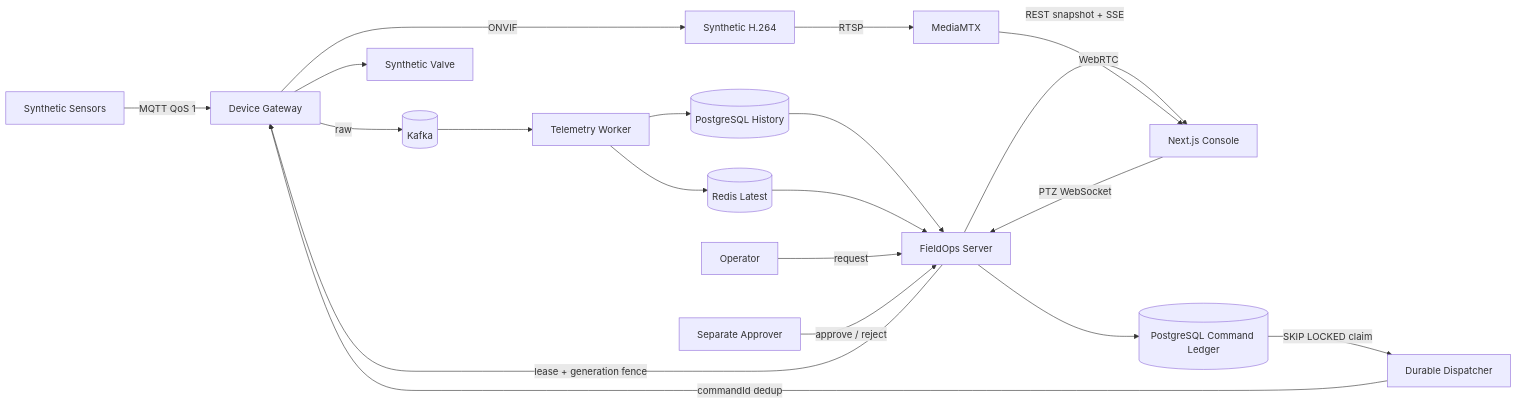
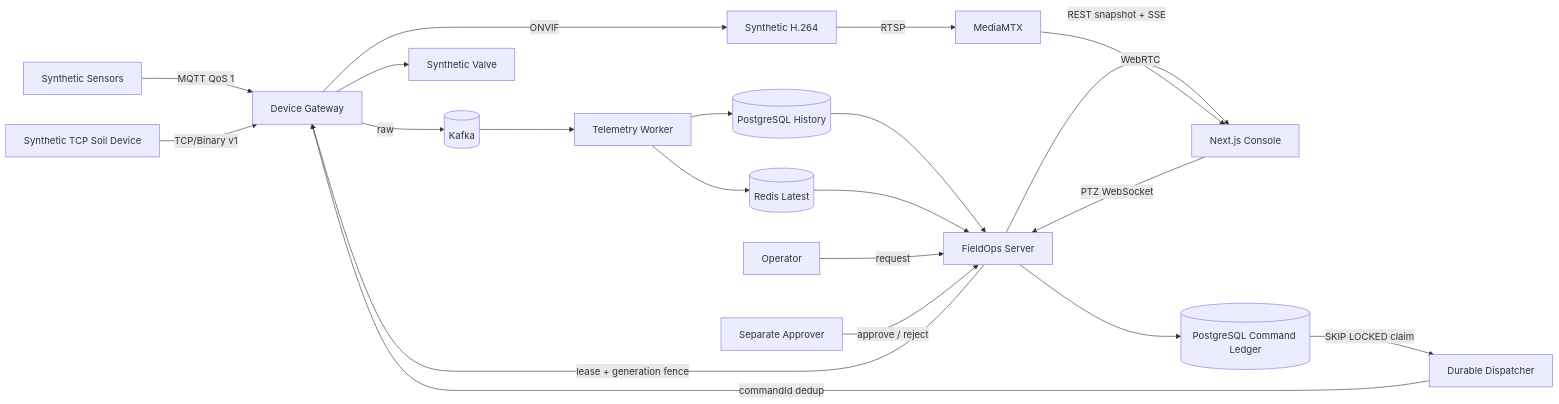
The diagram in README.md (krait4g/fieldops-control-plane), drawn with Mermaid before and after one commit. The commit also changed other lines of this file and 36 other files, not shown here.

Commit message:
feat: publish TCP binary telemetry adapter

````diff
--- a/README.md
+++ b/README.md
@@ -24,24 +25,25 @@
 ```mermaid
 flowchart LR
   SENSOR[Synthetic Sensors] -->|MQTT QoS 1| GW[Device Gateway]
+  SOIL[Synthetic TCP Soil Device] -->|TCP/Binary v1| GW
   GW -->|raw| K[(Kafka)]
   K --> WORKER[Telemetry Worker]
   WORKER --> PG[(PostgreSQL History)]
   WORKER --> RD[(Redis Latest)]
   PG --> API[FieldOps Server]
   RD --> API
   API -->|REST snapshot + SSE| WEB[Next.js Console]
 
   CAM[Synthetic H.264] -->|RTSP| MEDIA[MediaMTX]
   MEDIA -->|WebRTC| WEB
   WEB -->|PTZ WebSocket| API
   API -->|lease + generation fence| GW
   GW -->|ONVIF| CAM
 
   OP[Operator] -->|request| API
   AP[Separate Approver] -->|approve / reject| API
   API --> CMD[(PostgreSQL Command Ledger)]
   CMD -->|SKIP LOCKED claim| DISPATCH[Durable Dispatcher]
   DISPATCH -->|commandId dedup| GW
   GW --> VALVE[Synthetic Valve]
 ```
````
